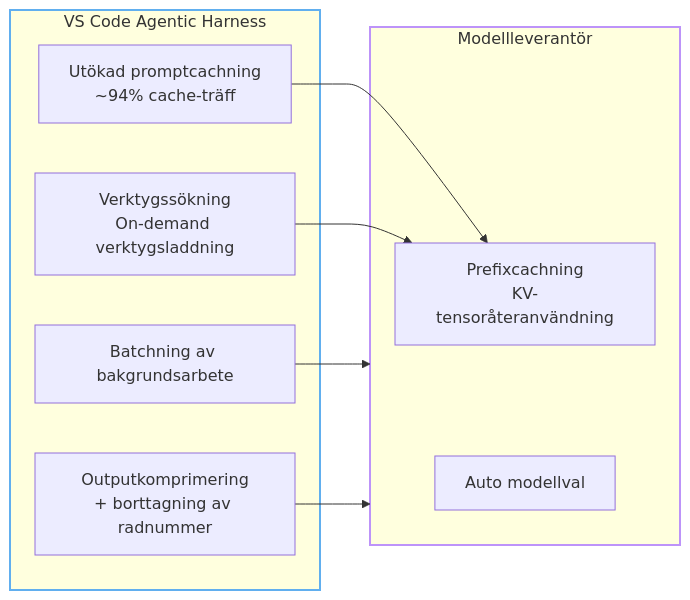
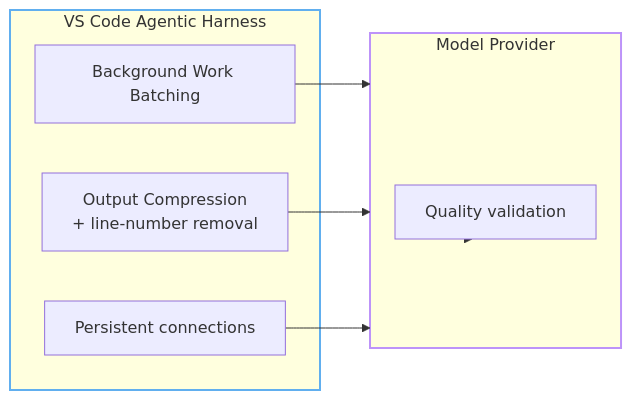
One commit to dandahprecio/vibe-on-budget changed the first of 3 diagrams in token-economy-course/src/content/docs/sv/09-under-the-hood.mdx. Above: the diagram before and after it, drawn with Mermaid. The commit also changed other lines of this file and 23 other files, not shown here.

````diff
--- a/token-economy-course/src/content/docs/sv/09-under-the-hood.mdx
+++ b/token-economy-course/src/content/docs/sv/09-under-the-hood.mdx
@@ -22,22 +28,20 @@
 ```mermaid
 flowchart LR
     subgraph Harness["VS Code Agentic Harness"]
-        Caching[Utökad promptcachning<br/>~94% cache-träff]
-        ToolSearch[Verktygssökning<br/>On-demand verktygsladdning]
-        Batching[Batchning av bakgrundsarbete]
-        Output[Outputkomprimering<br/>+ borttagning av radnummer]
+        Batching[Background Work Batching]
+        Output[Output Compression<br/>+ line-number removal]
+        Transport[Persistent connections]
     end
-
-    subgraph Provider["Modellleverantör"]
-        Prefix[Prefixcachning<br/>KV-tensoråteranvändning]
-        Auto[Auto modellval]
+    
+    subgraph Provider["Model Provider"]
+        Reliability[Quality validation]
     end
-
-    Caching --> Prefix
-    ToolSearch --> Prefix
+    
     Batching --> Provider
     Output --> Provider
+    Transport --> Provider
+    Reliability --> Provider
     
     style Harness stroke:#61afef,stroke-width:2px
     style Provider stroke:#bd93f9,stroke-width:2px
 ```
````
